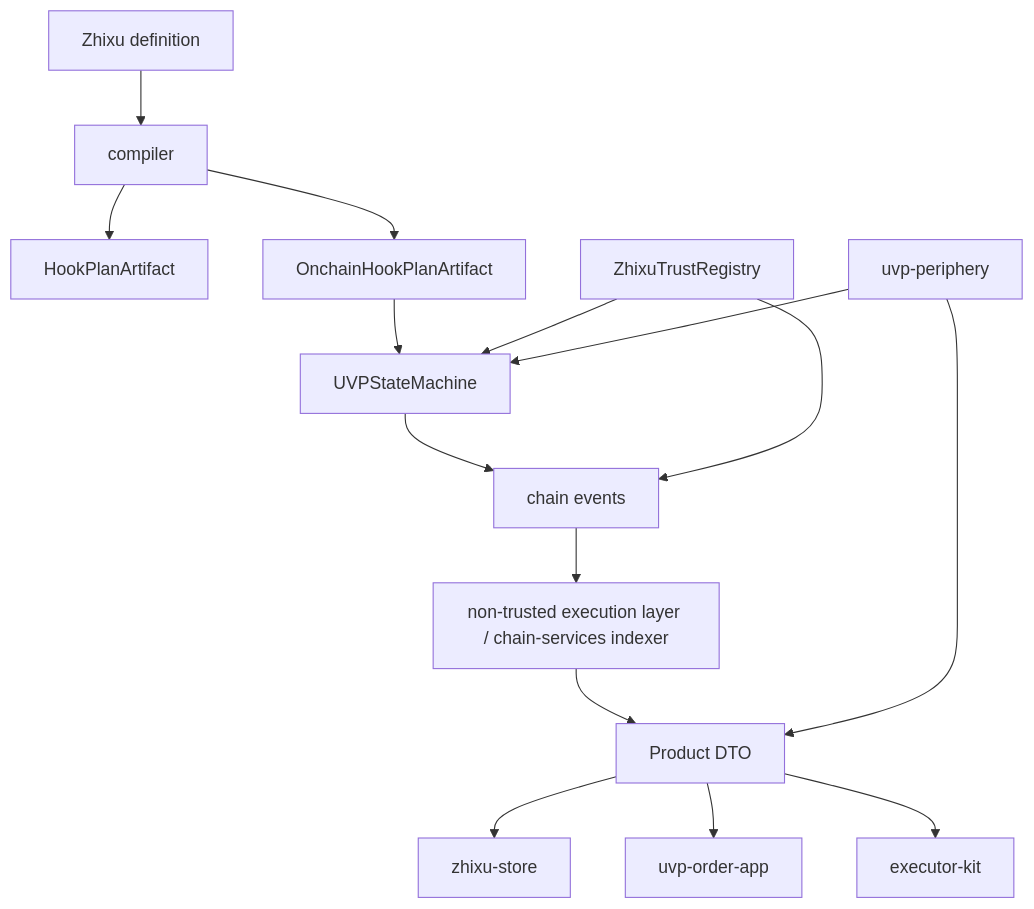
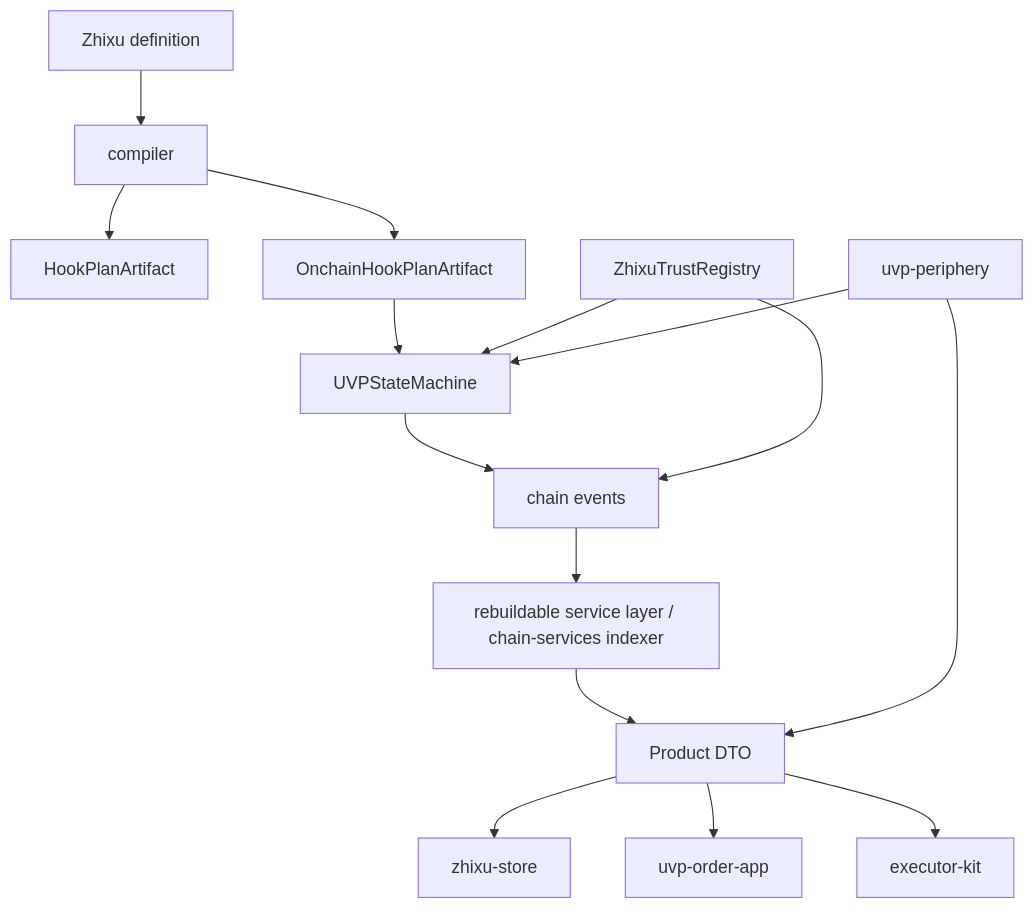
One commit to conucleus/uvp-wiki changed the diagram in wiki/en/concepts/architecture.md. Above: the diagram before and after it, drawn with Mermaid. The commit also changed other lines of this file and 56 other files, not shown here.

````diff
--- a/wiki/en/concepts/architecture.md
+++ b/wiki/en/concepts/architecture.md
@@ -5,17 +5,17 @@
 ```mermaid
 flowchart TD
   Z["Zhixu definition"] --> C["compiler"]
   C --> HP["HookPlanArtifact"]
   C --> OHP["OnchainHookPlanArtifact"]
   OHP --> SM["UVPStateMachine"]
   TR["ZhixuTrustRegistry"] --> SM
   SM --> EV["chain events"]
   TR --> EV
-  EV --> IDX["non-trusted execution layer / chain-services indexer"]
+  EV --> IDX["rebuildable service layer / chain-services indexer"]
   IDX --> DTO["Product DTO"]
   DTO --> Store["zhixu-store"]
   DTO --> OrderApp["uvp-order-app"]
   DTO --> Exec["executor-kit"]
   Peri["uvp-periphery"] --> SM
   Peri --> DTO
 ```
````
